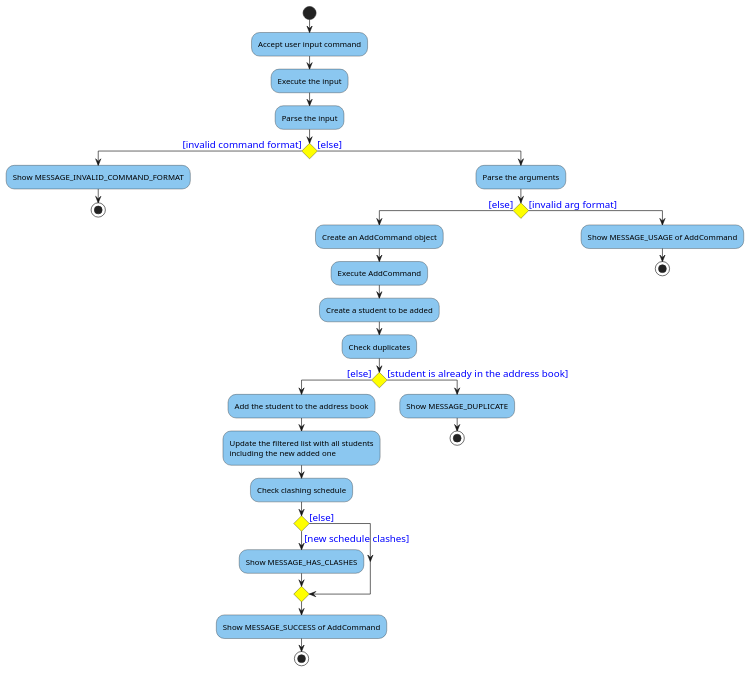
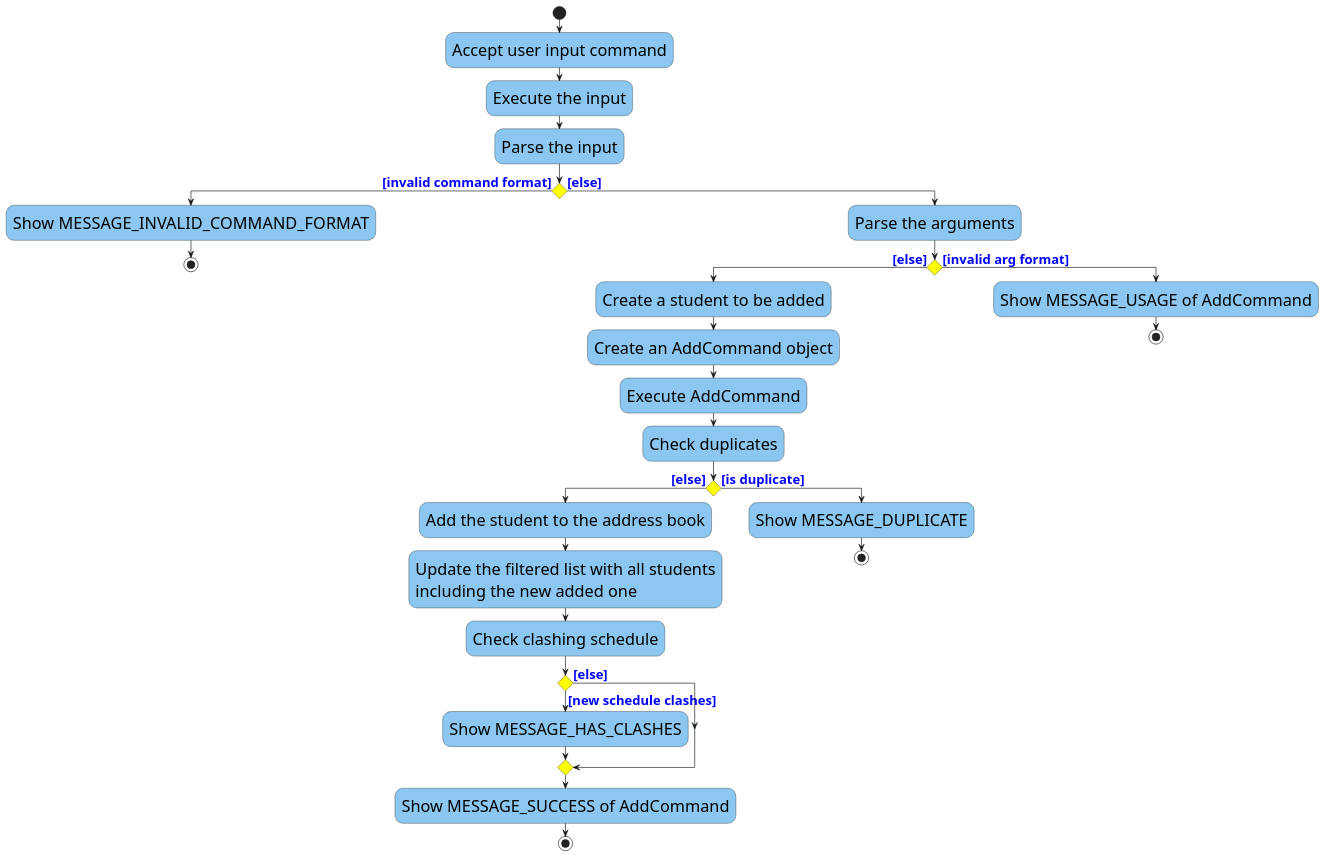
Before and after one commit to nus-cs2103-AY2425S1/tp: the diagram in docs/diagrams/AddCommandActivityDiagram.puml, drawn with PlantUML. The commit also changed 1 other file, not shown here.

Commit message:
Fix activity diagram style

```diff
--- a/docs/diagrams/AddCommandActivityDiagram.puml
+++ b/docs/diagrams/AddCommandActivityDiagram.puml
@@ -1,65 +1,64 @@
 @startuml
 'https://plantuml.com/activity-diagram-beta
 <style>
 activityDiagram {
   activity {
     BackgroundColor #8bc7f0
     BorderColor #33668E
     FontColor #000000
     FontName arial
+    FontSize 25
   }
 
   diamond {
     BackgroundColor yellow
     LineColor #000000
-    FontColor green
-    FontName arial
-    FontSize 15
   }
 
   arrow {
     FontColor blue
     FontName arial
-    FontSize 15
+    FontSize 20
+    FontStyle bold
   }
 }
 document {
    BackgroundColor transparent
 }
 </style>
 
 start
 :Accept user input command;
 :Execute the input;
 :Parse the input;
 if () then ([invalid command format])
     :Show MESSAGE_INVALID_COMMAND_FORMAT;
     stop
 else ([else])
     :Parse the arguments;
     if () then ([else])
+        :Create a student to be added;
         :Create an AddCommand object;
         :Execute AddCommand;
-        :Create a student to be added;
         :Check duplicates;
         if () then ([else])
             :Add the student to the address book;
             :Update the filtered list with all students
             including the new added one;
             :Check clashing schedule;
             if () then ([new schedule clashes])
                 :Show MESSAGE_HAS_CLASHES;
             else ([else])
             endif
             :Show MESSAGE_SUCCESS of AddCommand;
              stop
-        else ([student is already in the address book])
+        else ([is duplicate])
             :Show MESSAGE_DUPLICATE;
         stop
         endif
     else ([invalid arg format])
         :Show MESSAGE_USAGE of AddCommand;
     stop
 endif
 
 @enduml
```
